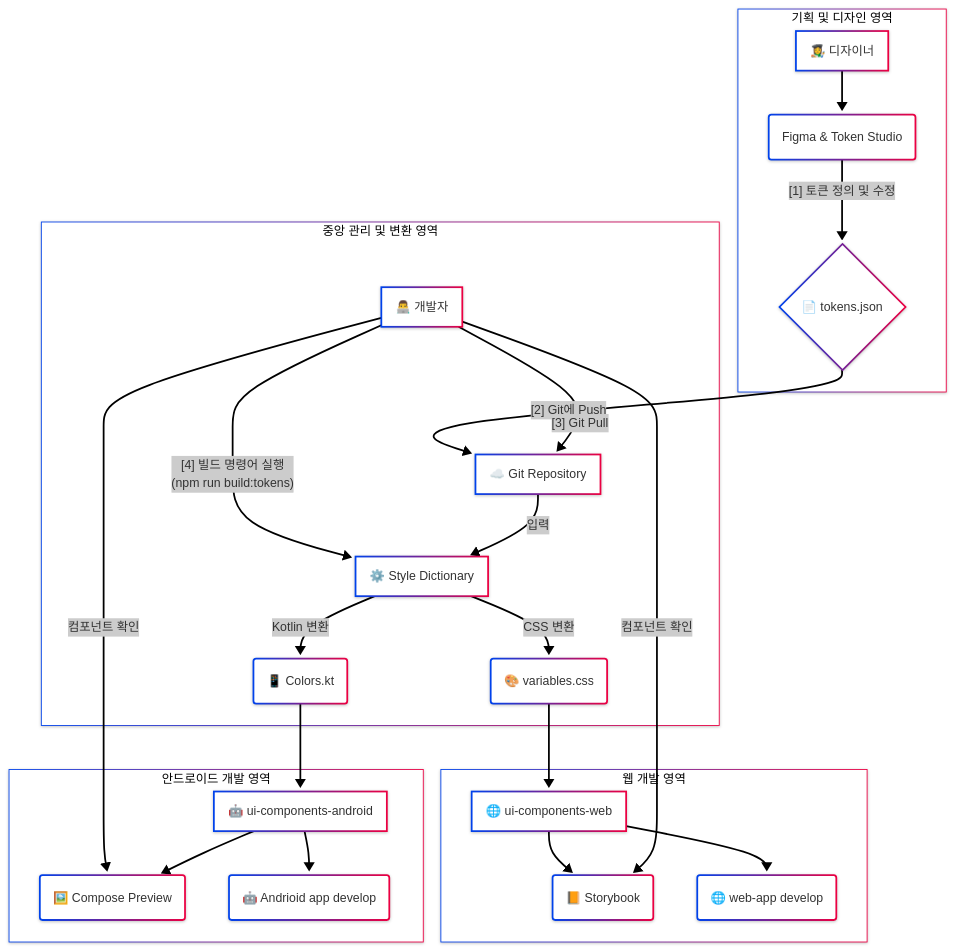
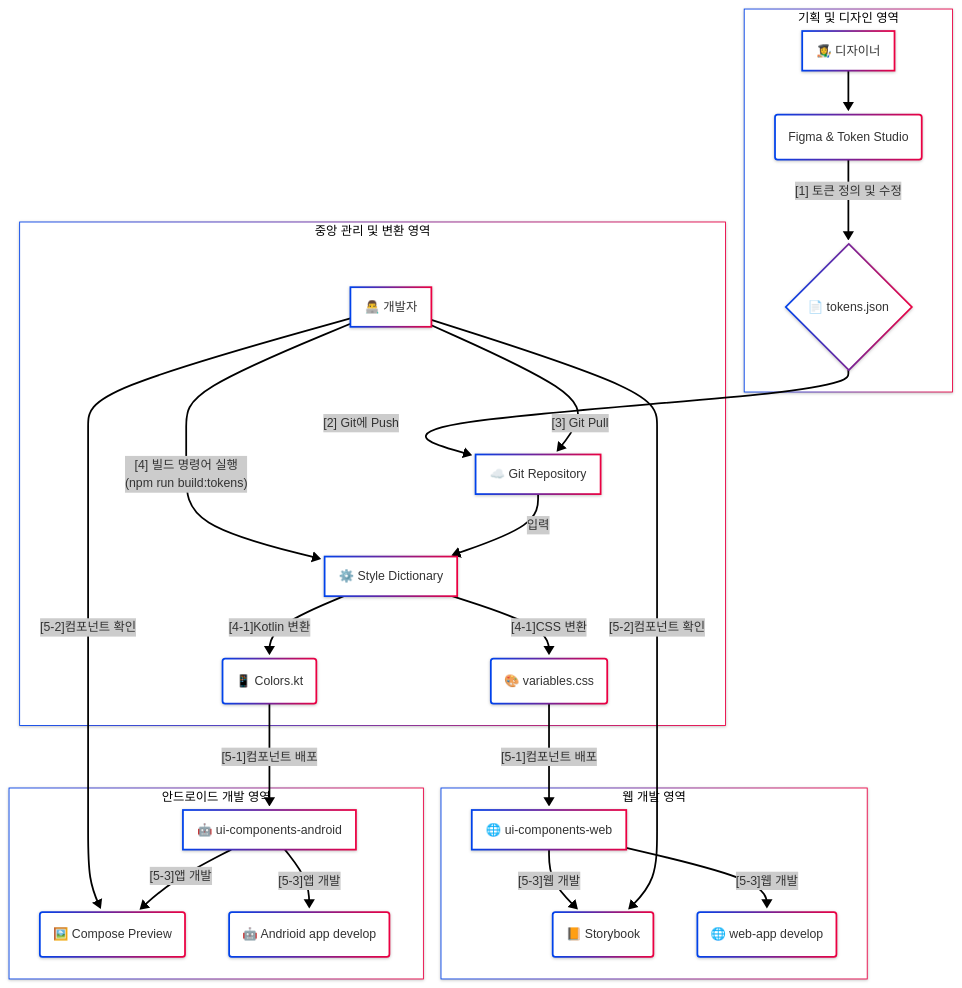
One commit to corollazer0/nhcx2025 changed the diagram in README.md. Above: the diagram before and after it, drawn with Mermaid.

````diff
--- a/README.md
+++ b/README.md
@@ -14,46 +14,46 @@
 ```mermaid
 ---
 config:
   layout: fixed
   theme: neo
   look: neo
 ---
 flowchart TD
  subgraph subGraph0["기획 및 디자인 영역"]
         B("Figma & Token Studio")
         A["👩‍🎨 디자이너"]
         C{"📄 tokens.json"}
   end
  subgraph subGraph1["중앙 관리 및 변환 영역"]
         D["☁️ Git Repository"]
         E["👨‍💻 개발자"]
         F["⚙️ Style Dictionary"]
         G1("🎨 variables.css")
         G2("📱 Colors.kt")
   end
  subgraph subGraph2["웹 개발 영역"]
         H1["🌐 ui-components-web"]
         I1("📙 Storybook")
         K1("🌐 web-app develop")
   end
  subgraph subGraph3["안드로이드 개발 영역"]
         H2["🤖 ui-components-android"]
         I2("🖼️ Compose Preview")
         K2("🤖 Andrioid app develop")
   end
     A --> B
     B -- [1] 토큰 정의 및 수정 --> C
     C -- [2] Git에 Push --> D
     E -- [3] Git Pull --> D
     E -- [4] 빌드 명령어 실행<br>(npm run build:tokens) --> F
     D -- 입력 --> F
-    F -- CSS 변환 --> G1
-    F -- Kotlin 변환 --> G2
-    G1 --> H1
-    H1 --> I1 & K1
-    E -- 컴포넌트 확인 --> I1 & I2
-    G2 --> H2
-    H2 --> I2 & K2
+    F -- [4-1]CSS 변환 --> G1
+    F -- [4-1]Kotlin 변환 --> G2
+    G1 --[5-1]컴포넌트 배포--> H1
+    H1 --[5-3]웹 개발--> I1 & K1
+    E -- [5-2]컴포넌트 확인 --> I1 & I2
+    G2 --[5-1]컴포넌트 배포--> H2
+    H2 --[5-3]앱 개발--> I2 & K2
 
 
 ```
````
